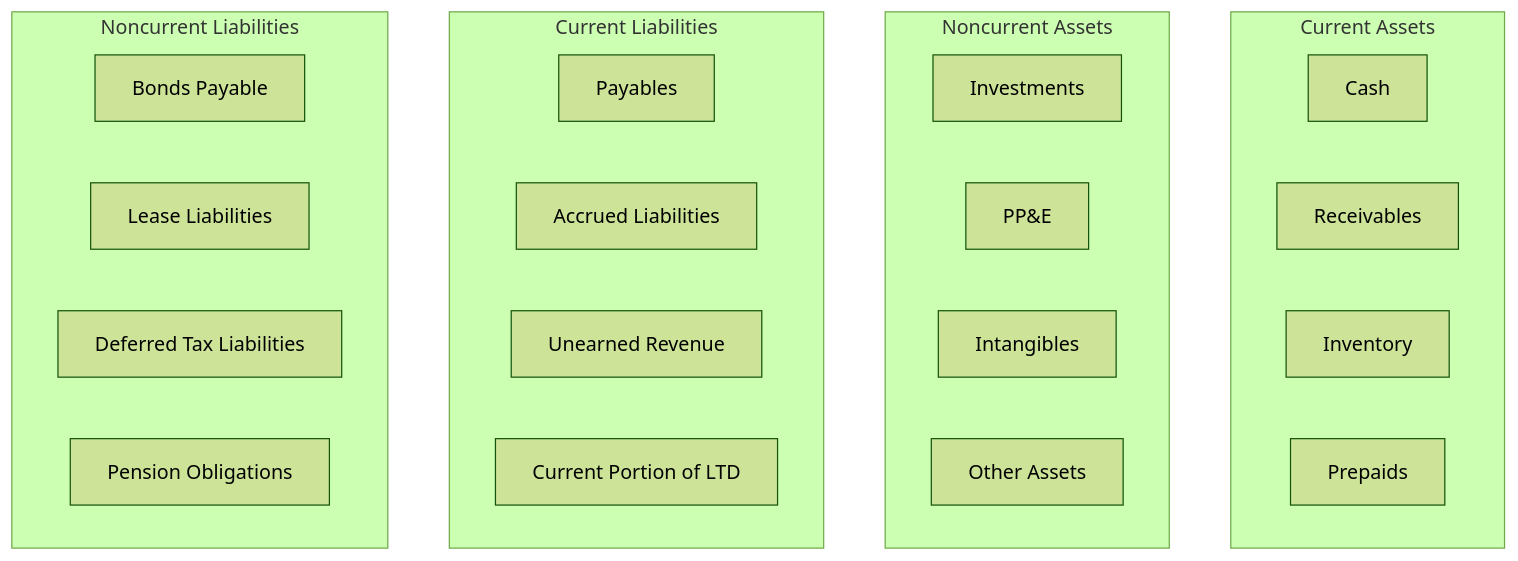
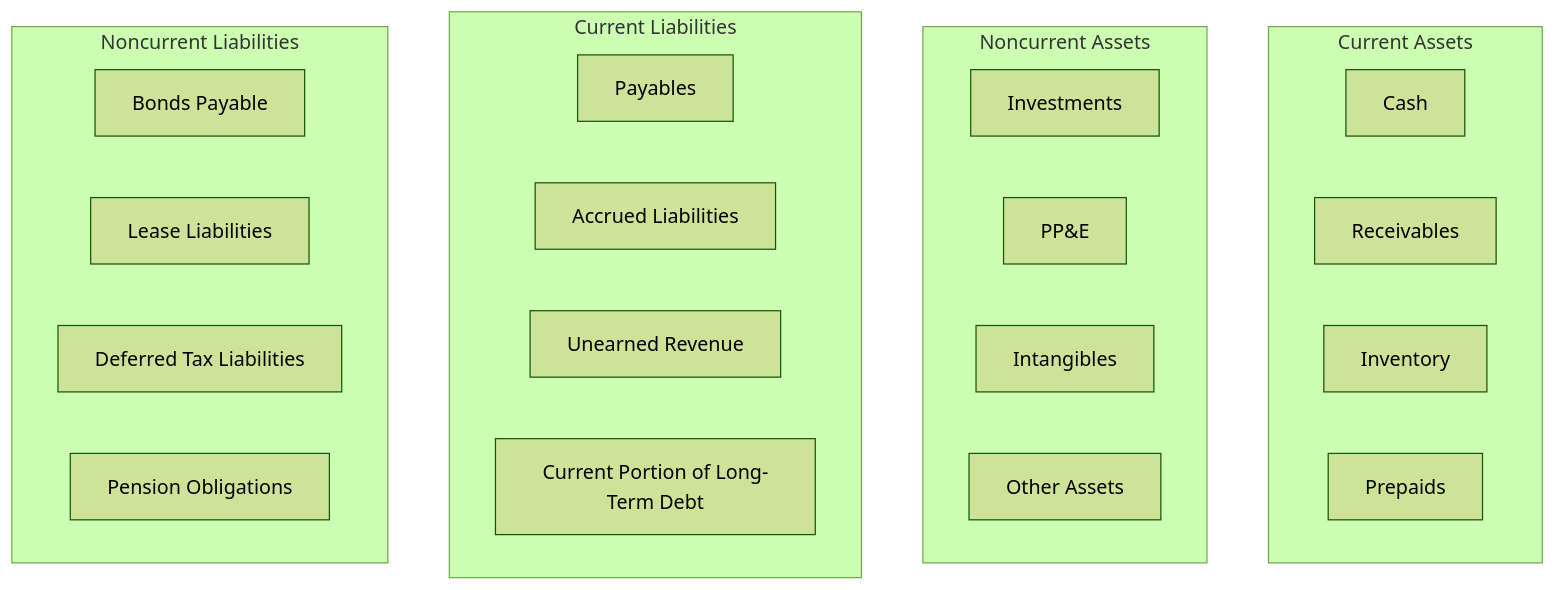
One commit to subwaymatch/cpabear-book changed the second of 2 diagrams in docs/far/financial-statement-presentation/balance-sheet.md. Above: the diagram before and after it, drawn with Mermaid (forest theme). The commit also changed other lines of this file and 222 other files, not shown here.

````diff
--- a/docs/far/financial-statement-presentation/balance-sheet.md
+++ b/docs/far/financial-statement-presentation/balance-sheet.md
@@ -271,27 +294,27 @@
 ```mermaid
 flowchart TD
     subgraph Current Assets
         CA1[Cash]
         CA2[Receivables]
         CA3[Inventory]
         CA4[Prepaids]
     end
     subgraph Noncurrent Assets
         NA1[Investments]
         NA2[PP&E]
         NA3[Intangibles]
         NA4[Other Assets]
     end
     subgraph Current Liabilities
         CL1[Payables]
         CL2[Accrued Liabilities]
         CL3[Unearned Revenue]
-        CL4[Current Portion of LTD]
+        CL4[Current Portion of Long-Term Debt]
     end
     subgraph Noncurrent Liabilities
         NL1[Bonds Payable]
         NL2[Lease Liabilities]
         NL3[Deferred Tax Liabilities]
         NL4[Pension Obligations]
     end
 ```
````
